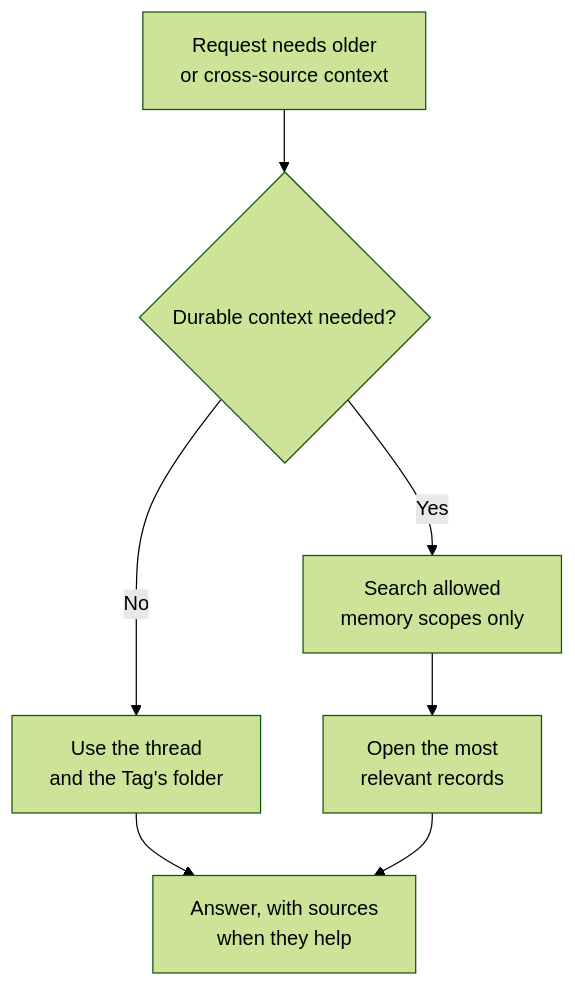
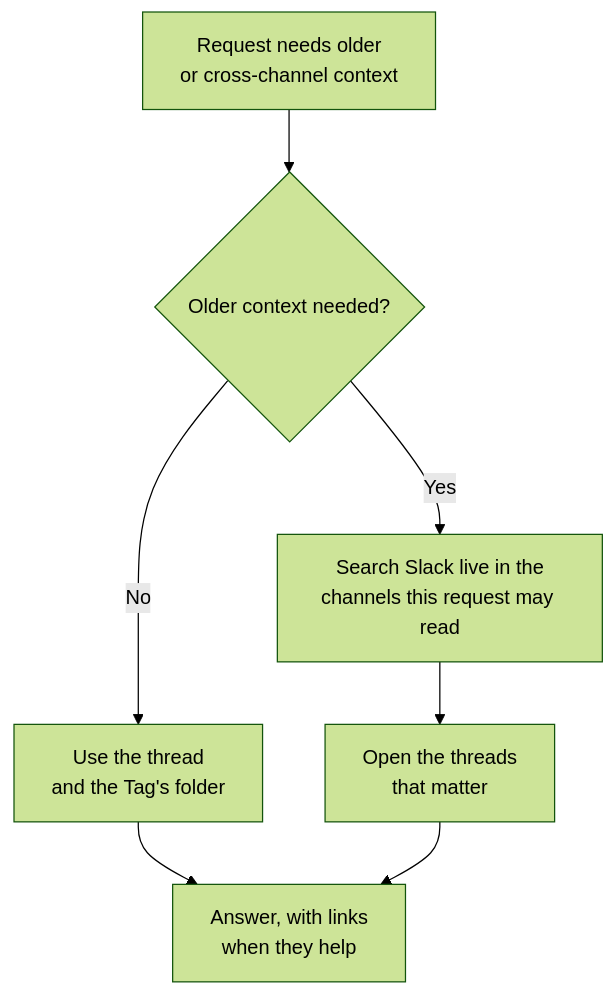
The eighth of 16 diagrams in docs/user-flows.md (klovr-co/hover-tag), drawn with Mermaid (forest theme) before and after one commit. The commit also changed other lines of this file and 21 other files, not shown here.

Commit message:
Document live Slack search

````diff
--- a/docs/user-flows.md
+++ b/docs/user-flows.md
@@ -318,13 +318,13 @@
 ```mermaid
 flowchart TD
-    Request["Request needs older<br/>or cross-source context"]
-    Decide{"Durable context needed?"}
+    Request["Request needs older<br/>or cross-channel context"]
+    Decide{"Older context needed?"}
     Thread["Use the thread<br/>and the Tag's folder"]
-    Search["Search allowed<br/>memory scopes only"]
-    Reopen["Open the most<br/>relevant records"]
-    Answer["Answer, with sources<br/>when they help"]
+    Search["Search Slack live in the<br/>channels this request may read"]
+    Reopen["Open the threads<br/>that matter"]
+    Answer["Answer, with links<br/>when they help"]
 
     Request --> Decide
     Decide -->|No| Thread --> Answer
     Decide -->|Yes| Search --> Reopen --> Answer
 ```
````
